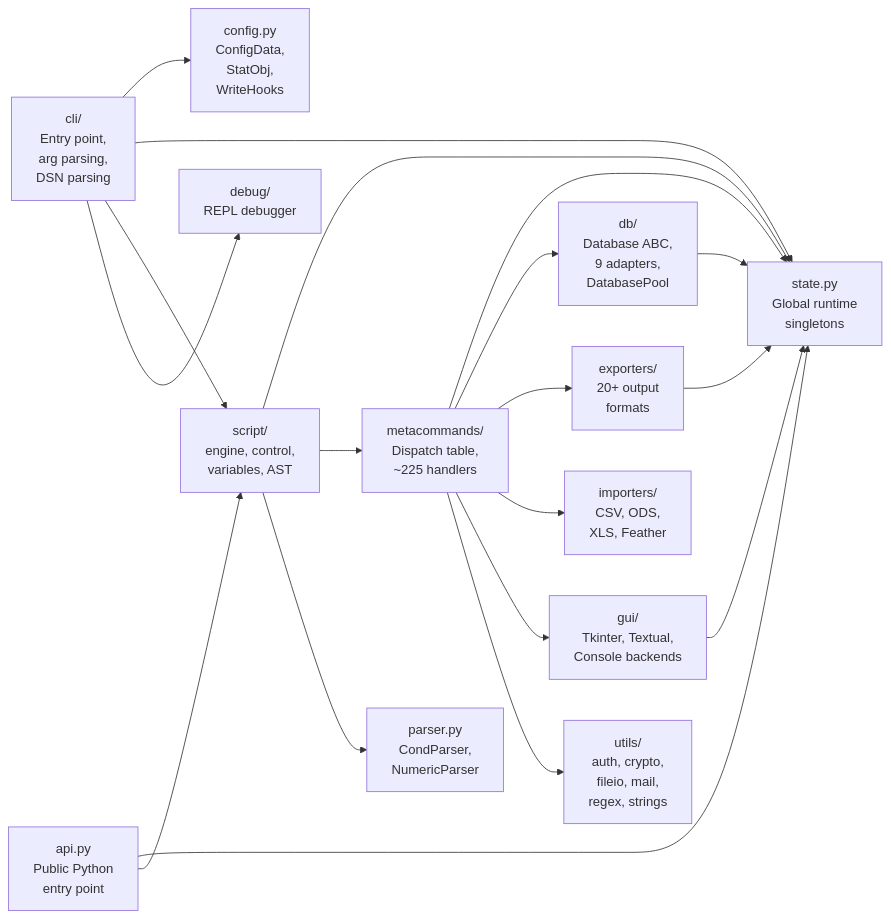
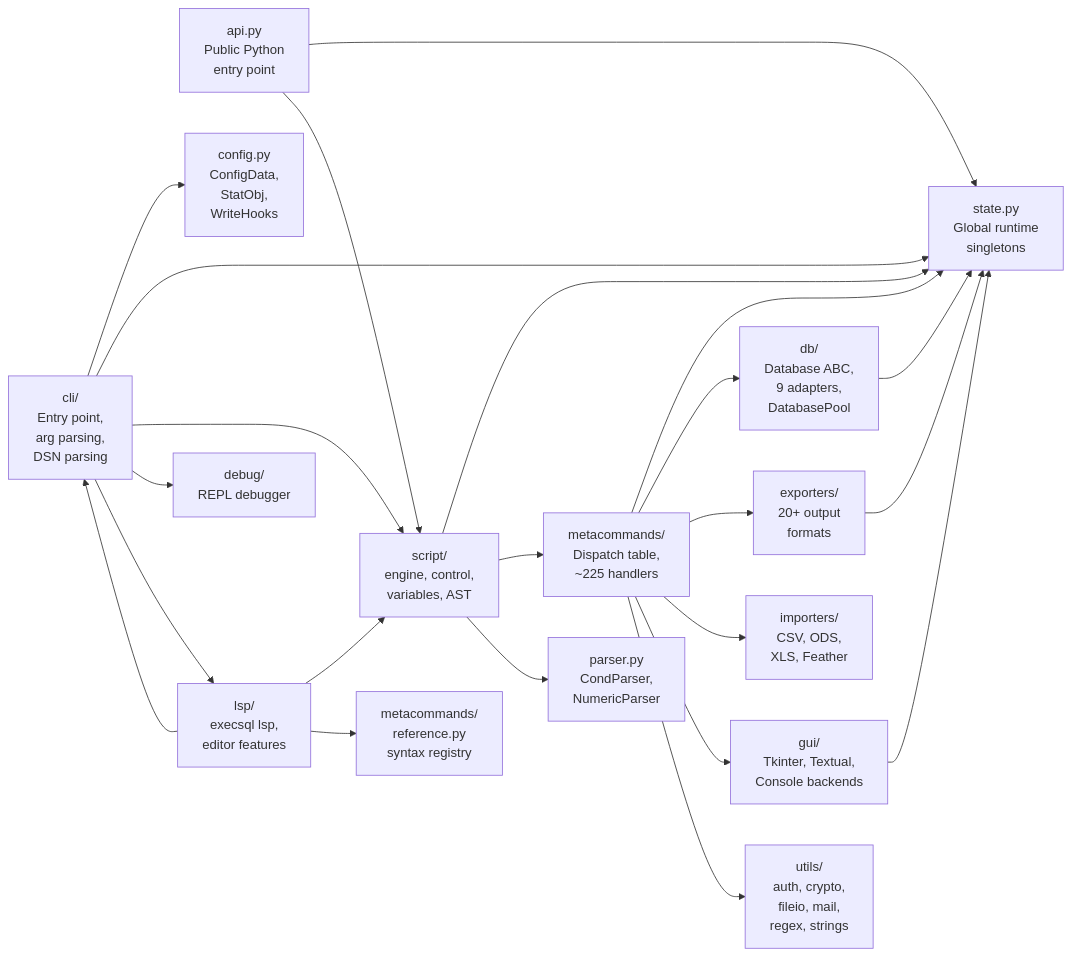
The second of 2 diagrams in docs/dev/architecture.md (geocoug/execsql), drawn with Mermaid before and after one commit. The commit also changed other lines of this file, not shown here.

First line of the commit message:
docs(dev): the language server, the syntax registry and the missing modules

````diff
--- a/docs/dev/architecture.md
+++ b/docs/dev/architecture.md
@@ -44,35 +44,41 @@
 ```mermaid
 flowchart LR
     CLI["cli/<br/>Entry point,<br/>arg parsing,<br/>DSN parsing"]
     API["api.py<br/>Public Python<br/>entry point"]
     CONFIG["config.py<br/>ConfigData,<br/>StatObj,<br/>WriteHooks"]
     STATE["state.py<br/>Global runtime<br/>singletons"]
     SCRIPT["script/<br/>engine, control,<br/>variables, AST"]
     META["metacommands/<br/>Dispatch table,<br/>~225 handlers"]
     DB["db/<br/>Database ABC,<br/>9 adapters,<br/>DatabasePool"]
     EXPORT["exporters/<br/>20+ output<br/>formats"]
     IMPORT["importers/<br/>CSV, ODS,<br/>XLS, Feather"]
     GUI["gui/<br/>Tkinter, Textual,<br/>Console backends"]
     UTILS["utils/<br/>auth, crypto,<br/>fileio, mail,<br/>regex, strings"]
     PARSER["parser.py<br/>CondParser,<br/>NumericParser"]
     DEBUG["debug/<br/>REPL debugger"]
+    LSP["lsp/<br/>execsql lsp,<br/>editor features"]
+    REF["metacommands/<br/>reference.py<br/>syntax registry"]
 
     CLI --> CONFIG
     CLI --> STATE
     CLI --> SCRIPT
     CLI --> DEBUG
     API --> STATE
     API --> SCRIPT
     SCRIPT --> STATE
     SCRIPT --> META
     META --> STATE
     META --> DB
     META --> EXPORT
     META --> IMPORT
     META --> GUI
     META --> UTILS
     DB --> STATE
     EXPORT --> STATE
     GUI --> STATE
     SCRIPT --> PARSER
+    CLI --> LSP
+    LSP --> SCRIPT
+    LSP --> REF
+    LSP --> CLI
 ```
````
